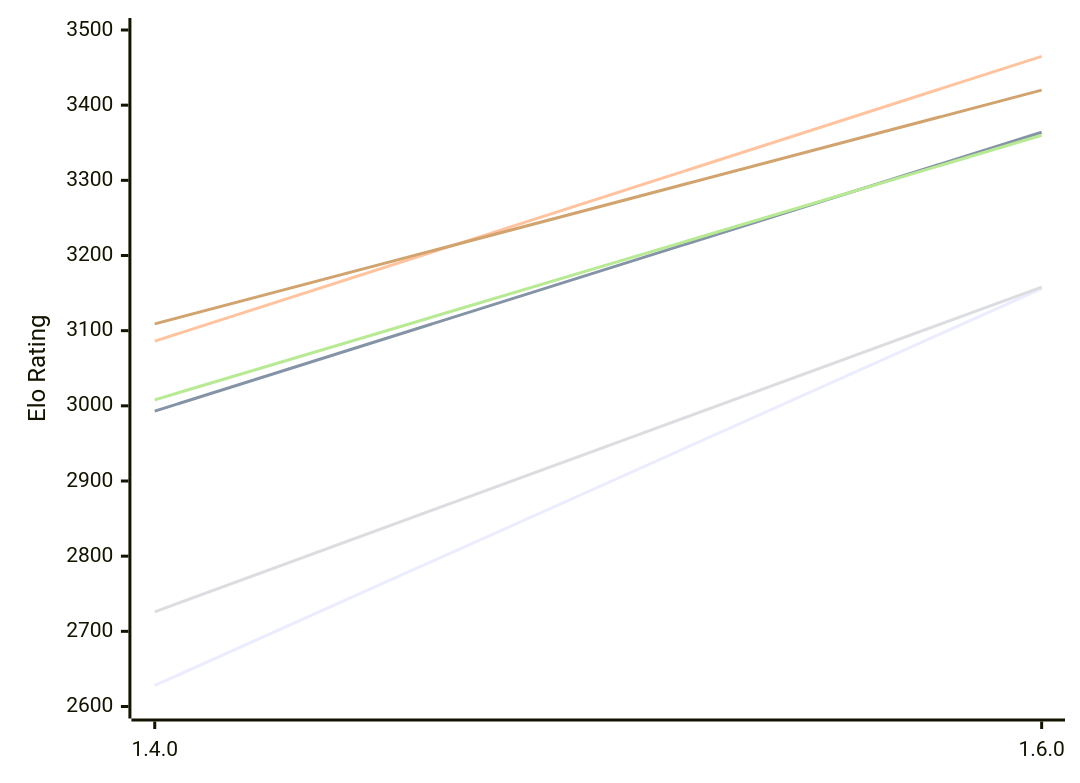
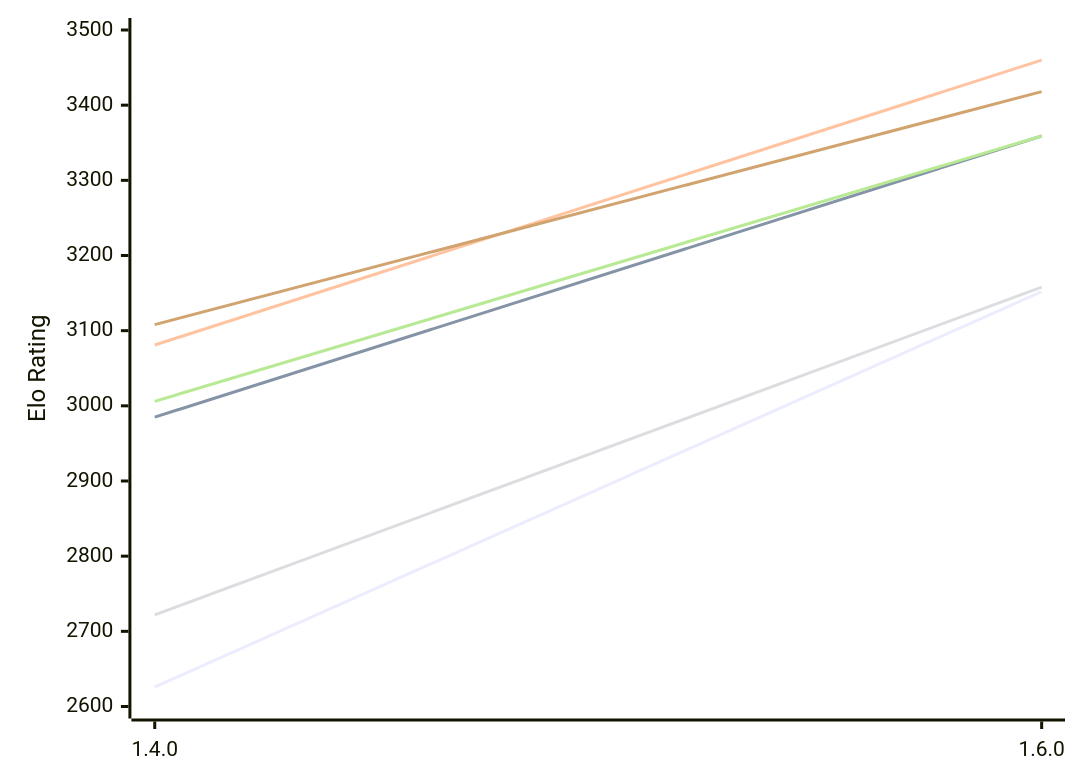
Before and after one commit to computer-chess-index/cci: the first of 2 diagrams in engines/Gyatso.md, drawn with Mermaid. The commit also changed other lines of this file, not shown here.

Commit message:
Update CCI Ratings (ELO VLTC) - 2026-11-26

````diff
--- a/engines/Gyatso.md
+++ b/engines/Gyatso.md
@@ -53,12 +53,12 @@
 ```mermaid
 %%{init: {"theme":"base","themeVariables":{"seriesColors:['#a3a3a3','#222221','#faa371']}}}%%
 xychart-beta
   x-axis ["1.4.0", "1.6.0"]
   y-axis "Elo Rating" 2600 --> 3500
-  line "E1: STC (8.0+0.08s)" [2628, 3156]
-  line "E1: LTC (60.0+0.60s)" [2993, 3364]
-  line "E1: VLTC (2m24s+1.12s)" [3086, 3465]
-  line "P1: STC (8.0+0.08s)" [2726, 3158]
-  line "P1: LTC (60.0+0.60s)" [3008, 3360]
-  line "P1: VLTC (2m24s+1.12s)" [3109, 3420]
+  line "E1: STC (8.0+0.08s)" [2626, 3152]
+  line "E1: LTC (60.0+0.60s)" [2985, 3359]
+  line "E1: VLTC (2m24s+1.12s)" [3081, 3460]
+  line "P1: STC (8.0+0.08s)" [2722, 3158]
+  line "P1: LTC (60.0+0.60s)" [3006, 3359]
+  line "P1: VLTC (2m24s+1.12s)" [3108, 3418]
 ```
````
